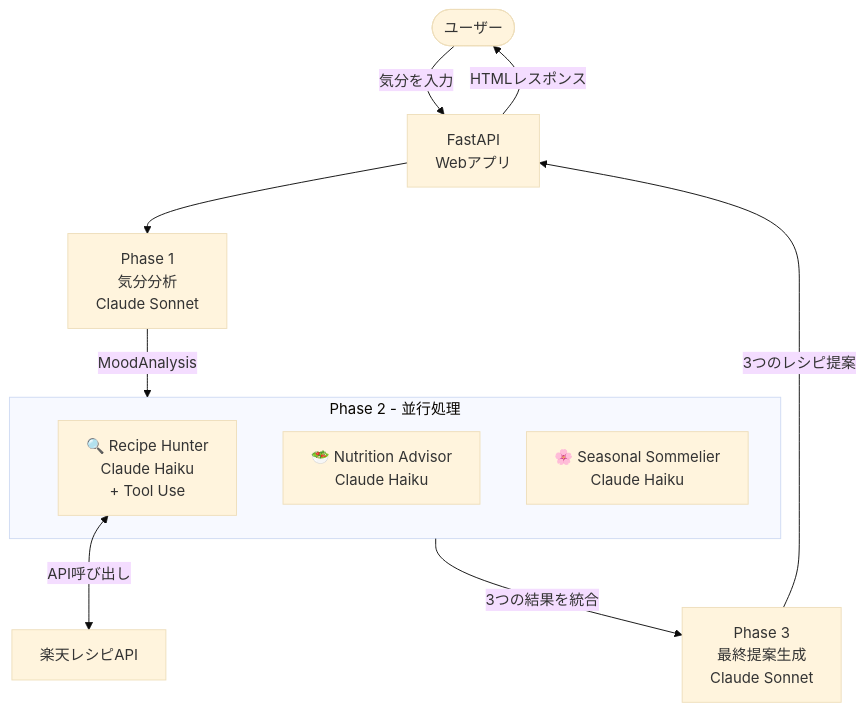
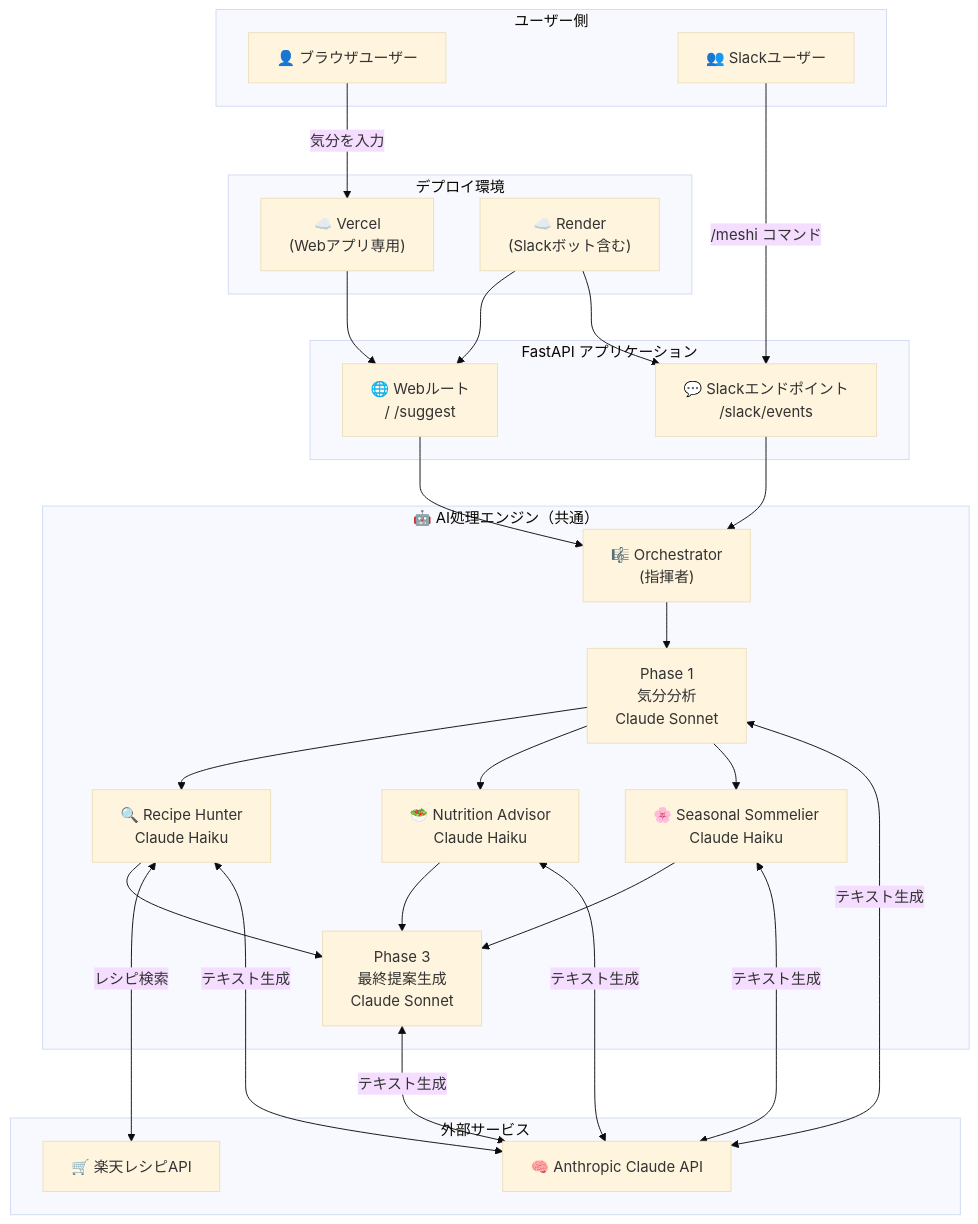
Before and after one commit to korezonzi/moodMeshi: the first of 2 diagrams in README.md, drawn with Mermaid (base theme). The commit also changed other lines of this file, not shown here.

Commit message:
docs: rewrite README with full architecture diagrams and Slack bot documentation

````diff
--- a/README.md
+++ b/README.md
@@ -22,21 +102,43 @@
 ```mermaid
-flowchart TD
-    User([ユーザー]) -->|気分を入力| Web[FastAPI\nWebアプリ]
-
-    Web --> Phase1[Phase 1\n気分分析\nClaude Sonnet]
-
-    Phase1 -->|MoodAnalysis| Phase2
-
-    subgraph Phase2[Phase 2 - 並行処理]
-        RH[🔍 Recipe Hunter\nClaude Haiku\n+ Tool Use]
-        NA[🥗 Nutrition Advisor\nClaude Haiku]
-        SS[🌸 Seasonal Sommelier\nClaude Haiku]
+graph TB
+    subgraph ユーザー側
+        U1[👤 ブラウザユーザー]
+        U2[👥 Slackユーザー]
     end
 
-    RH <-->|API呼び出し| Rakuten[楽天レシピAPI]
+    subgraph デプロイ環境
+        Vercel["☁️ Vercel\n(Webアプリ専用)"]
+        Render["☁️ Render\n(Slackボット含む)"]
+    end
 
-    Phase2 -->|3つの結果を統合| Phase3[Phase 3\n最終提案生成\nClaude Sonnet]
+    subgraph アプリケーション["FastAPI アプリケーション"]
+        Web["🌐 Webルート\n/  /suggest"]
+        Slack["💬 Slackエンドポイント\n/slack/events"]
+    end
 
-    Phase3 -->|3つのレシピ提案| Web
-    Web -->|HTMLレスポンス| User
+    subgraph AIエンジン["🤖 AI処理エンジン（共通）"]
+        ORC["🎼 Orchestrator\n(指揮者)"]
+        P1["Phase 1\n気分分析\nClaude Sonnet"]
+        P2A["🔍 Recipe Hunter\nClaude Haiku"]
+        P2B["🥗 Nutrition Advisor\nClaude Haiku"]
+        P2C["🌸 Seasonal Sommelier\nClaude Haiku"]
+        P3["Phase 3\n最終提案生成\nClaude Sonnet"]
+    end
+
+    subgraph 外部サービス
+        Rakuten["🛒 楽天レシピAPI"]
+        Claude["🧠 Anthropic Claude API"]
+    end
+
+    U1 -->|気分を入力| Vercel
+    U2 -->|/meshi コマンド| Slack
+    Vercel --> Web
+    Render --> Web
+    Render --> Slack
+    Web --> ORC
+    Slack --> ORC
+    ORC --> P1 --> P2A & P2B & P2C --> P3
+    P2A <-->|レシピ検索| Rakuten
+    P1 & P3 <-->|テキスト生成| Claude
+    P2A & P2B & P2C <-->|テキスト生成| Claude
 ```
````
